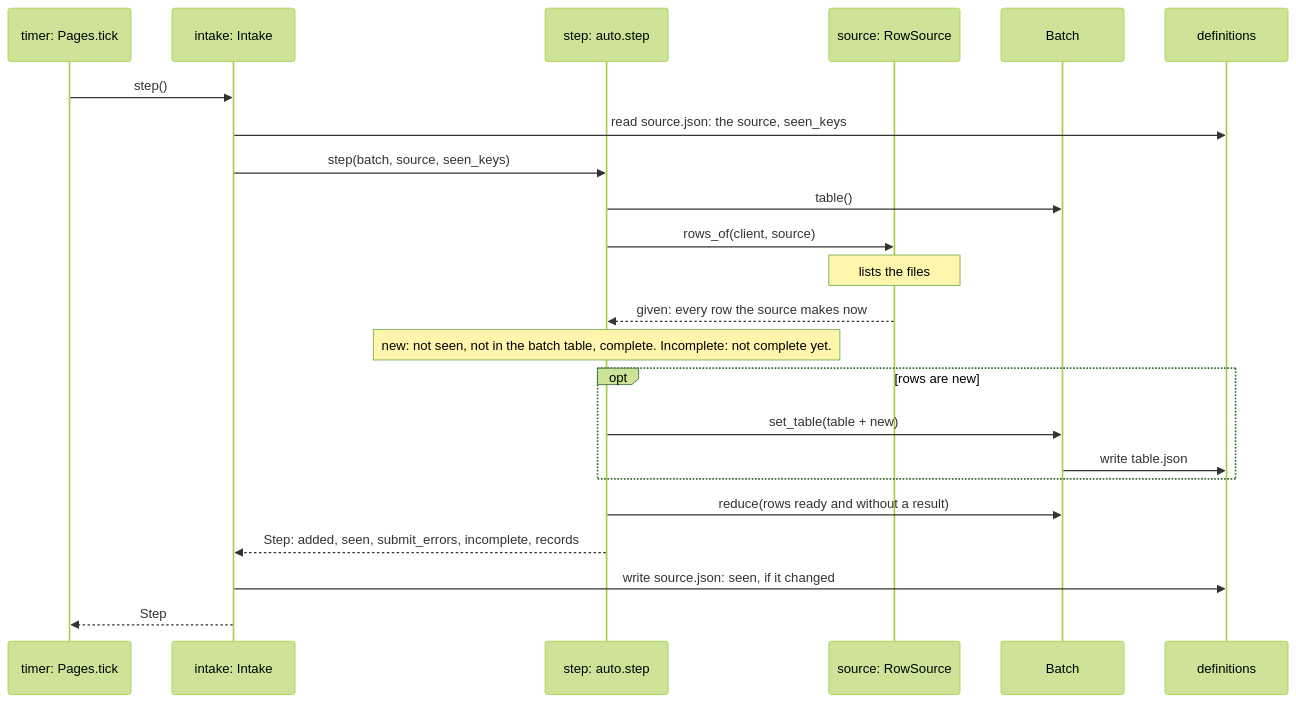
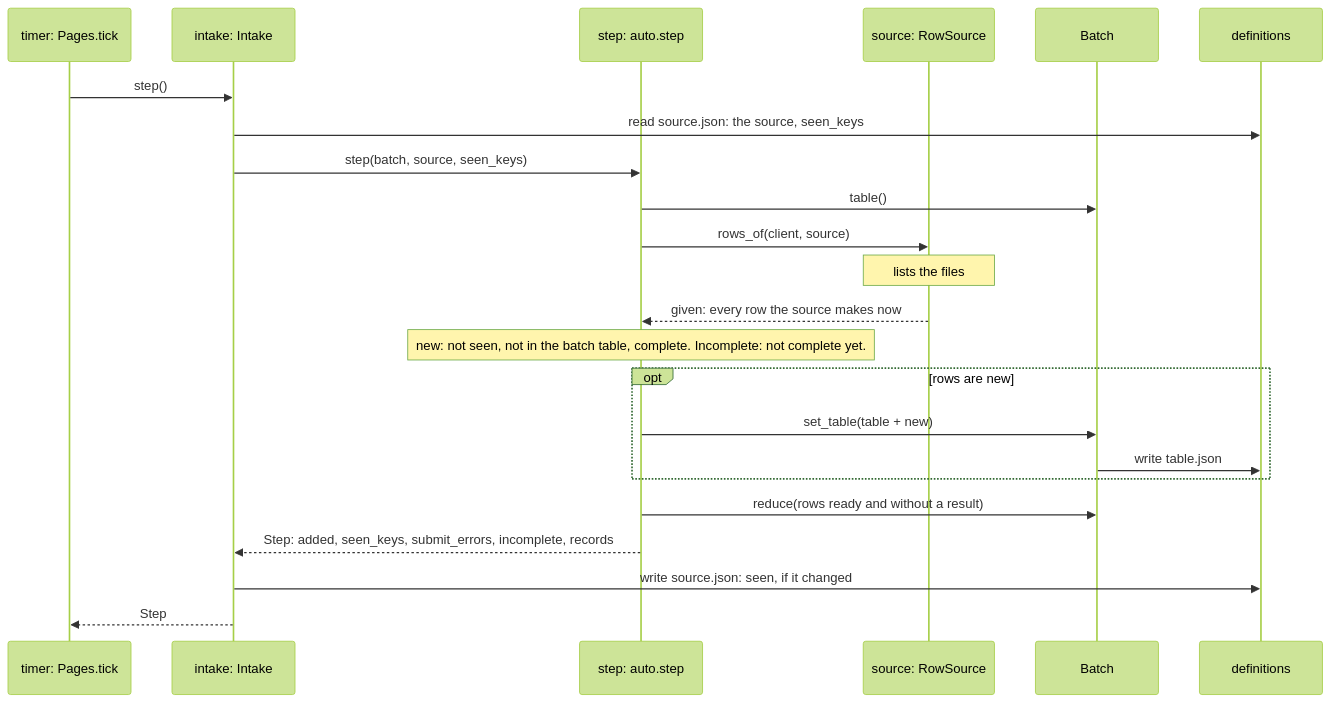
Before and after one commit to scipp/essapps: the fifth of 5 diagrams in packages/essbatch/docs/batch.md, drawn with Mermaid (forest theme). The commit also changed other lines of this file and 7 other files, not shown here.

````diff
--- a/packages/essbatch/docs/batch.md
+++ b/packages/essbatch/docs/batch.md
@@ -439,25 +441,25 @@
 ```mermaid
 sequenceDiagram
     participant timer as timer: Pages.tick
     participant intake as intake: Intake
     participant step as step: auto.step
     participant source as source: RowSource
     participant batch as Batch
     participant definitions
     timer->>intake: step()
     intake->>definitions: read source.json: the source, seen_keys
     intake->>step: step(batch, source, seen_keys)
     step->>batch: table()
     step->>source: rows_of(client, source)
     Note over source: lists the files
     source-->>step: given: every row the source makes now
     Note over step: new: not seen, not in the batch table, complete. Incomplete: not complete yet.
     opt rows are new
         step->>batch: set_table(table + new)
         batch->>definitions: write table.json
     end
     step->>batch: reduce(rows ready and without a result)
-    step-->>intake: Step: added, seen, submit_errors, incomplete, records
+    step-->>intake: Step: added, seen_keys, submit_errors, incomplete, records
     intake->>definitions: write source.json: seen, if it changed
     intake-->>timer: Step
 ```
````
